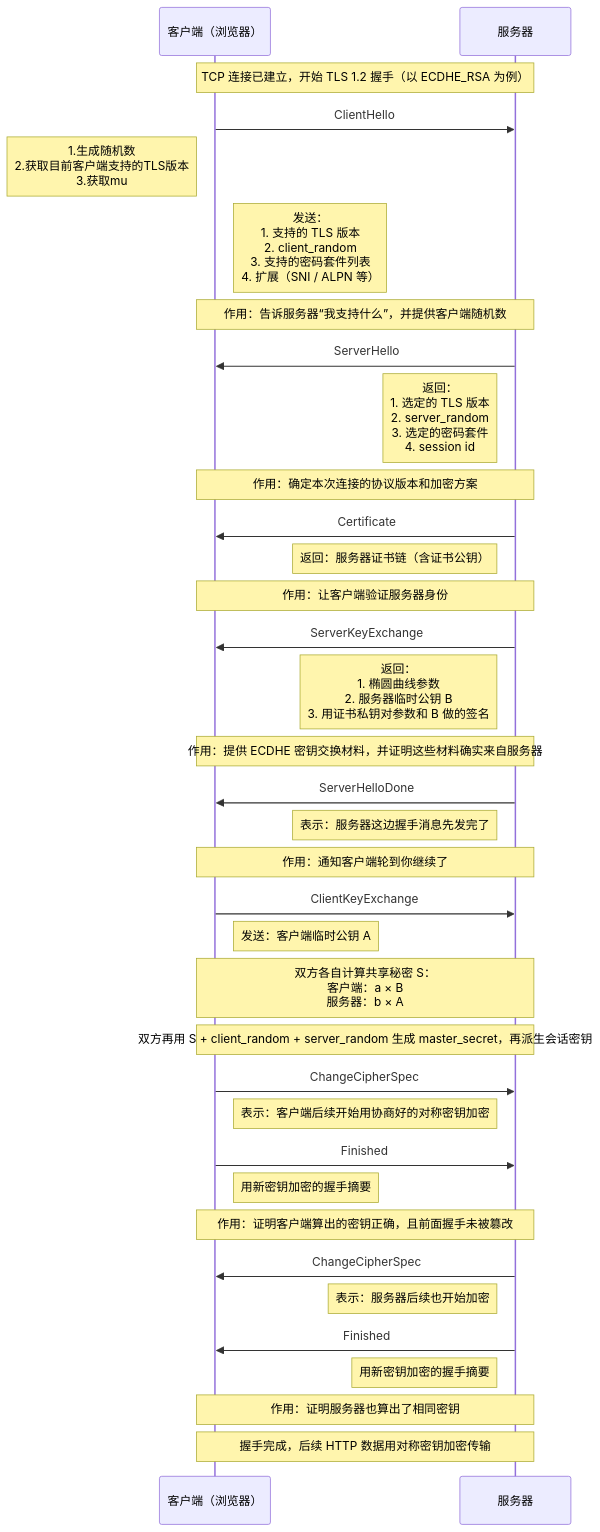
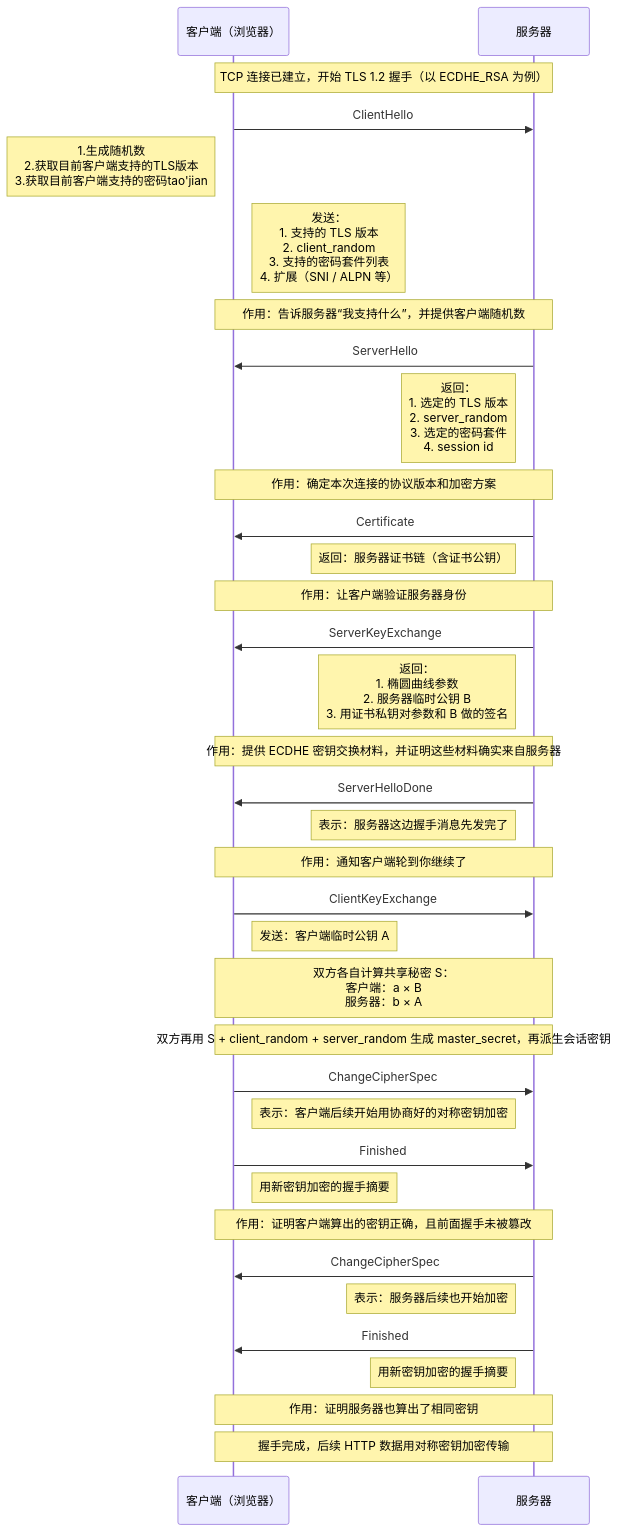
One commit to HY-10-8/iodraw-files changed the diagram in all/TLS-1.2-ECDHA.md. Above: the diagram before and after it, drawn with Mermaid.

Commit message:
2026-03-30 16:47:18 update

````diff
--- a/all/TLS-1.2-ECDHA.md
+++ b/all/TLS-1.2-ECDHA.md
@@ -1,50 +1,50 @@
 ```mermaid
 sequenceDiagram
     participant C as 客户端（浏览器）
     participant S as 服务器
 
     Note over C,S: TCP 连接已建立，开始 TLS 1.2 握手（以 ECDHE_RSA 为例）
 
     C->>S: ClientHello
-    Note left of C: 1.生成随机数<br/> 2.获取目前客户端支持的TLS版本<br/> 3.获取mu
+    Note left of C: 1.生成随机数<br/> 2.获取目前客户端支持的TLS版本<br/> 3.获取目前客户端支持的密码tao'jian
     Note right of C: 发送：<br/>1. 支持的 TLS 版本<br/>2. client_random<br/>3. 支持的密码套件列表<br/>4. 扩展（SNI / ALPN 等）
     Note over C,S: 作用：告诉服务器“我支持什么”，并提供客户端随机数
 
     S->>C: ServerHello
     Note left of S: 返回：<br/>1. 选定的 TLS 版本<br/>2. server_random<br/>3. 选定的密码套件<br/>4. session id
     Note over C,S: 作用：确定本次连接的协议版本和加密方案
 
     S->>C: Certificate
     Note left of S: 返回：服务器证书链（含证书公钥）
     Note over C,S: 作用：让客户端验证服务器身份
 
     S->>C: ServerKeyExchange
     Note left of S: 返回：<br/>1. 椭圆曲线参数<br/>2. 服务器临时公钥 B<br/>3. 用证书私钥对参数和 B 做的签名
     Note over C,S: 作用：提供 ECDHE 密钥交换材料，并证明这些材料确实来自服务器
 
     S->>C: ServerHelloDone
     Note left of S: 表示：服务器这边握手消息先发完了
     Note over C,S: 作用：通知客户端轮到你继续了
 
     C->>S: ClientKeyExchange
     Note right of C: 发送：客户端临时公钥 A
     Note over C,S: 双方各自计算共享秘密 S：<br/>客户端：a × B<br/>服务器：b × A
 
     Note over C,S: 双方再用 S + client_random + server_random 生成 master_secret，再派生会话密钥
 
     C->>S: ChangeCipherSpec
     Note right of C: 表示：客户端后续开始用协商好的对称密钥加密
 
     C->>S: Finished
     Note right of C: 用新密钥加密的握手摘要
     Note over C,S: 作用：证明客户端算出的密钥正确，且前面握手未被篡改
 
     S->>C: ChangeCipherSpec
     Note left of S: 表示：服务器后续也开始加密
 
     S->>C: Finished
     Note left of S: 用新密钥加密的握手摘要
     Note over C,S: 作用：证明服务器也算出了相同密钥
 
     Note over C,S: 握手完成，后续 HTTP 数据用对称密钥加密传输
 ```
````
